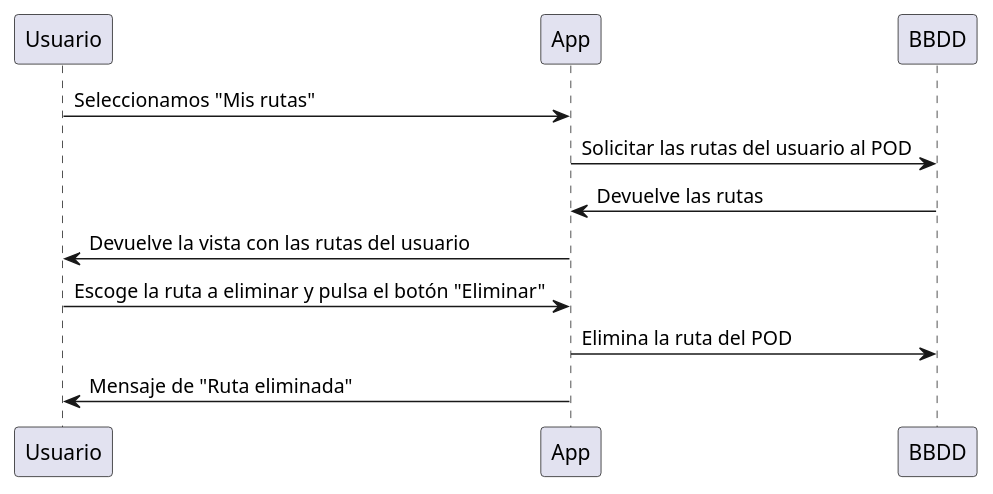
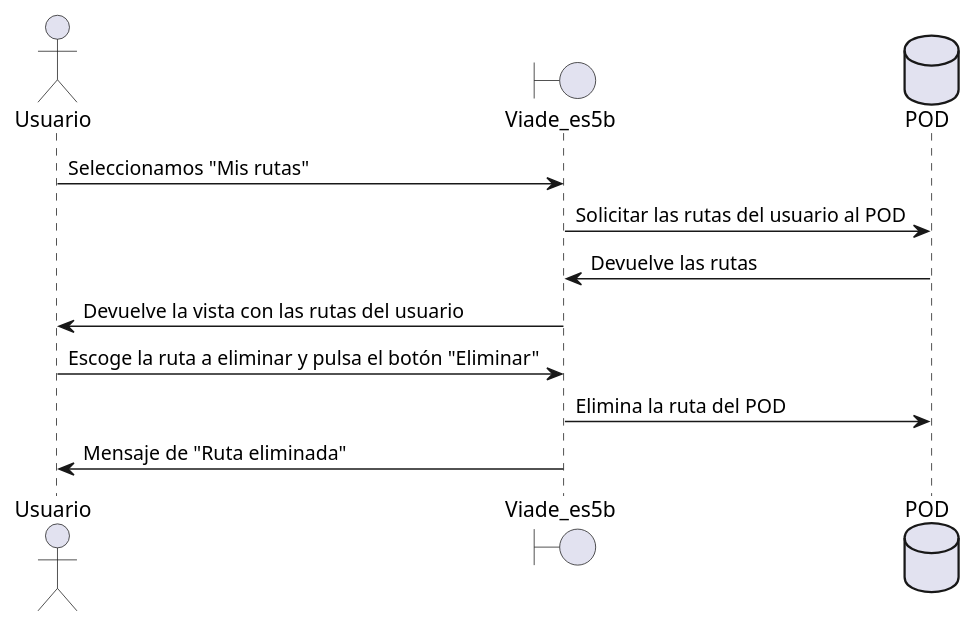
Before and after one commit to Arquisoft/viade_es5b: the third of 16 diagrams in src/docs/06_runtime_view.adoc, drawn with PlantUML. The commit also changed other lines of this file, not shown here.

Commit message:
Cambios a partir del escenario 1

```diff
--- a/src/docs/06_runtime_view.adoc
+++ b/src/docs/06_runtime_view.adoc
@@ -88,10 +94,13 @@
 [plantuml,"DiagramaEliminarRuta",png]
 ----
-Usuario -> App: Seleccionamos "Mis rutas"
-App -> BBDD : Solicitar las rutas del usuario al POD
-BBDD -> App: Devuelve las rutas
-App -> Usuario: Devuelve la vista con las rutas del usuario
-Usuario -> App: Escoge la ruta a eliminar y pulsa el botón "Eliminar"
-App -> BBDD: Elimina la ruta del POD
-App -> Usuario: Mensaje de "Ruta eliminada"
+actor Usuario
+boundary Viade_es5b
+database POD
+Usuario -> Viade_es5b: Seleccionamos "Mis rutas"
+Viade_es5b -> POD : Solicitar las rutas del usuario al POD
+POD -> Viade_es5b: Devuelve las rutas
+Viade_es5b -> Usuario: Devuelve la vista con las rutas del usuario
+Usuario -> Viade_es5b: Escoge la ruta a eliminar y pulsa el botón "Eliminar"
+Viade_es5b -> POD: Elimina la ruta del POD
+Viade_es5b -> Usuario: Mensaje de "Ruta eliminada"
 ----
```
